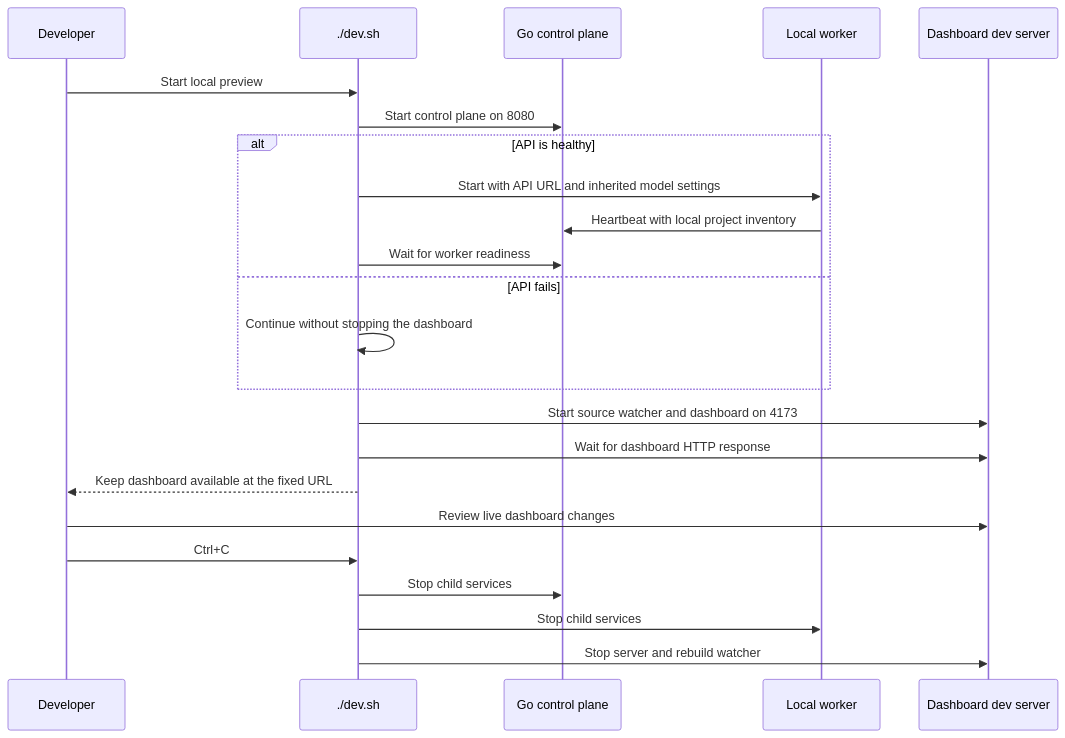
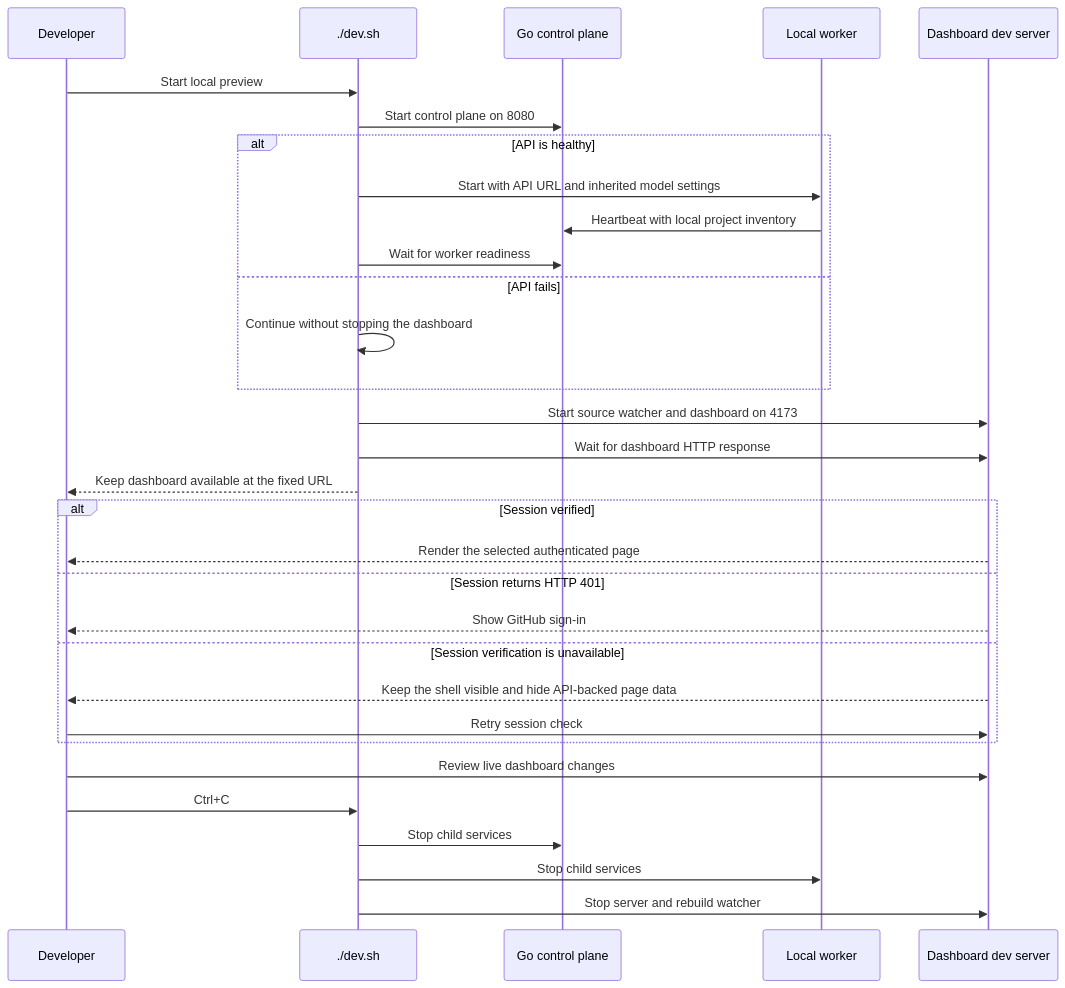
One commit to bogdaniel/zenchron-engineering-os changed the diagram in docs/features/local-preview.md. Above: the diagram before and after it, drawn with Mermaid. The commit also changed other lines of this file and 3 other files, not shown here.

Commit message:
Keep dashboard shell visible during session outages

````diff
--- a/docs/features/local-preview.md
+++ b/docs/features/local-preview.md
@@ -8,25 +8,33 @@
 ```mermaid
 sequenceDiagram
     participant Dev as Developer
     participant Start as ./dev.sh
     participant API as Go control plane
     participant Worker as Local worker
     participant UI as Dashboard dev server
     Dev->>Start: Start local preview
     Start->>API: Start control plane on 8080
     alt API is healthy
         Start->>Worker: Start with API URL and inherited model settings
         Worker->>API: Heartbeat with local project inventory
         Start->>API: Wait for worker readiness
     else API fails
         Start->>Start: Continue without stopping the dashboard
     end
     Start->>UI: Start source watcher and dashboard on 4173
     Start->>UI: Wait for dashboard HTTP response
     Start-->>Dev: Keep dashboard available at the fixed URL
+    alt Session verified
+        UI-->>Dev: Render the selected authenticated page
+    else Session returns HTTP 401
+        UI-->>Dev: Show GitHub sign-in
+    else Session verification is unavailable
+        UI-->>Dev: Keep the shell visible and hide API-backed page data
+        Dev->>UI: Retry session check
+    end
     Dev->>UI: Review live dashboard changes
     Dev->>Start: Ctrl+C
     Start->>API: Stop child services
     Start->>Worker: Stop child services
     Start->>UI: Stop server and rebuild watcher
 ```
````
